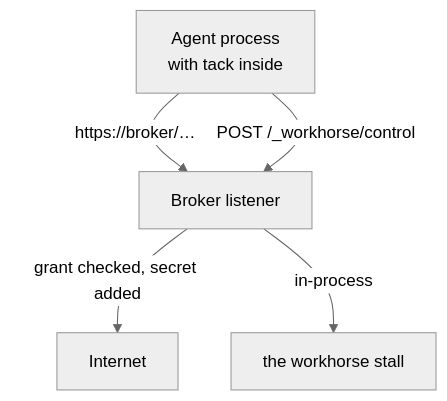
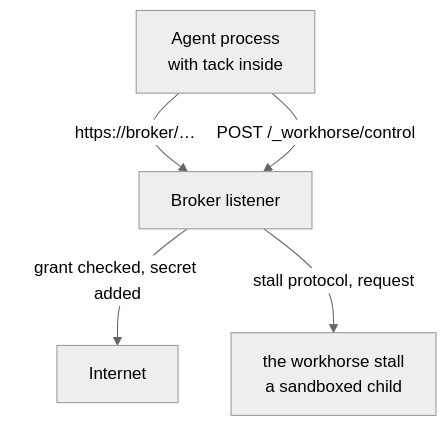
One commit to wrkhse/workhorse changed the diagram in modules/control.md. Above: the diagram before and after it, drawn with Mermaid (neutral theme). The commit also changed other lines of this file and 9 other files, not shown here.

First line of the commit message:
docs: the connect-back stall protocol, and where B1 stands

````diff
--- a/modules/control.md
+++ b/modules/control.md
@@ -32,11 +37,11 @@
 ```mermaid
 flowchart TB
     AG["Agent process<br/>with tack inside"]
     BR["Broker listener"]
     NET["Internet"]
-    CT["the workhorse stall"]
+    CT["the workhorse stall<br/>a sandboxed child"]
     AG -->|"https://broker/…"| BR
     AG -->|"POST /_workhorse/control"| BR
     BR -->|"grant checked, secret added"| NET
-    BR -->|"in-process"| CT
+    BR -->|"stall protocol, request"| CT
 ```
````
